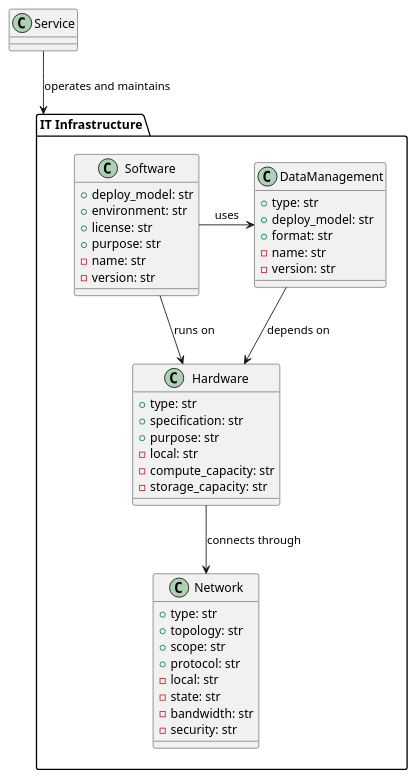
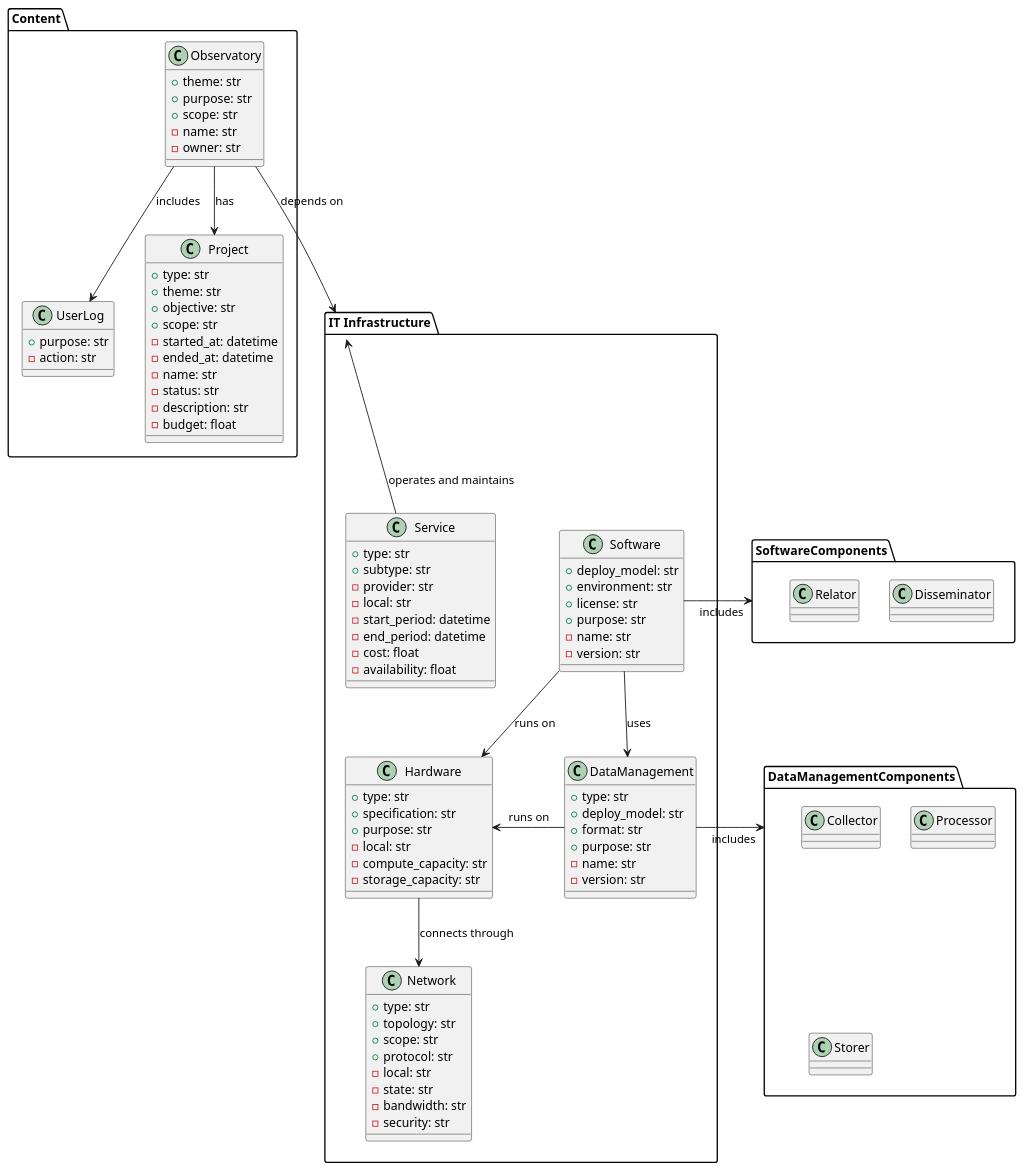
Before and after one commit to kvojps/onto-mpo: the diagram in mpo_structures_classification_tree.puml, drawn with PlantUML. The commit also changed other lines of this file, not shown here.

Commit message:
[feat]: enhance MPO Structures Classification Tree with additional classes and relationships

```diff
--- a/mpo_structures_classification_tree.puml
+++ b/mpo_structures_classification_tree.puml
@@ -1,48 +1,115 @@
-@startuml
+@startuml MPO Structures Classification Tree
+
+package "Content" as Content {
+    class Observatory {
+        + theme: str
+        + purpose: str
+        + scope: str
+        - name: str
+        - owner: str
+    }
+
+    class UserLog {
+        + purpose: str
+        - action: str
+    }
+
+    class Project {
+        + type: str
+        + theme: str
+        + objective: str
+        + scope: str
+        - started_at: datetime
+        - ended_at: datetime
+        - name: str
+        - status: str
+        - description: str
+        - budget: float
+    }
+
+    Observatory -down-> Project: has
+    Observatory -down-> UserLog: includes
+}
 
 package "IT Infrastructure" as Infra {
+    class Service {
+        + type: str
+        + subtype: str
+        - provider: str
+        - local: str
+        - start_period: datetime
+        - end_period: datetime
+        - cost: float
+        - availability: float
+    }
     class Hardware {
         + type: str
         + specification: str
         + purpose: str
         - local: str
         - compute_capacity: str
         - storage_capacity: str
     }
     class Network {
         + type: str
         + topology: str
         + scope: str
         + protocol: str
         - local: str
         - state: str
         - bandwidth: str
         - security: str
     }
     class DataManagement {
         + type: str
         + deploy_model: str
         + format: str
+        + purpose: str
         - name: str
         - version: str
     }
     class Software {
         + deploy_model: str
         + environment: str
         + license: str
         + purpose: str
         - name: str
         - version: str
     }
 
-    Software -> DataManagement : uses
+    Software --> DataManagement : uses
     Software --> Hardware : runs on
-    DataManagement --> Hardware : depends on
+    DataManagement -left-> Hardware : runs on
     Hardware --> Network : connects through
 }
 
-class Service
+package "SoftwareComponents" as SoftComp {
+    class Disseminator {
 
-Service --> Infra : operates and maintains
+    }
+
+    class Relator {
+
+    }
+}
+
+package "DataManagementComponents" as DataComp {
+    class Collector {
+
+    }
+
+    Class Processor {
+
+    }
+
+    class Storer {
+
+    }
+}
+
+Service -up-> Infra : operates and maintains
+Software -> SoftComp : includes
+DataManagement -> DataComp : includes
+Observatory -down-> Infra : depends on
 
 @enduml
```
